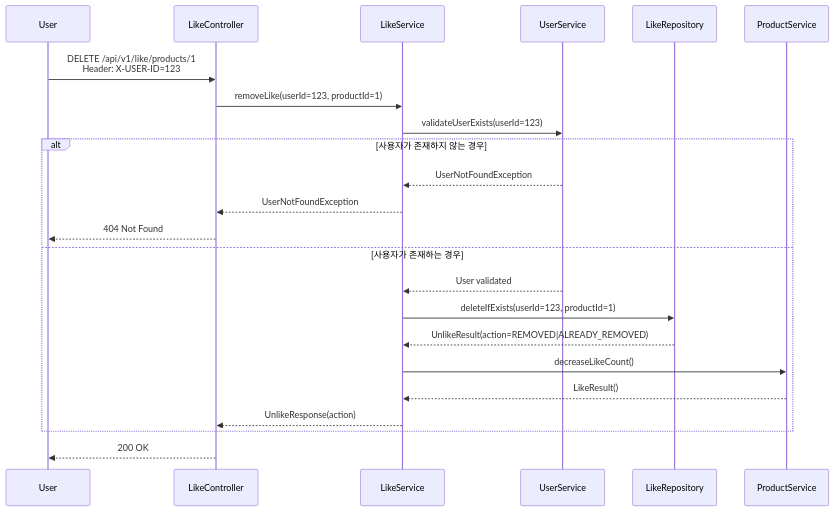
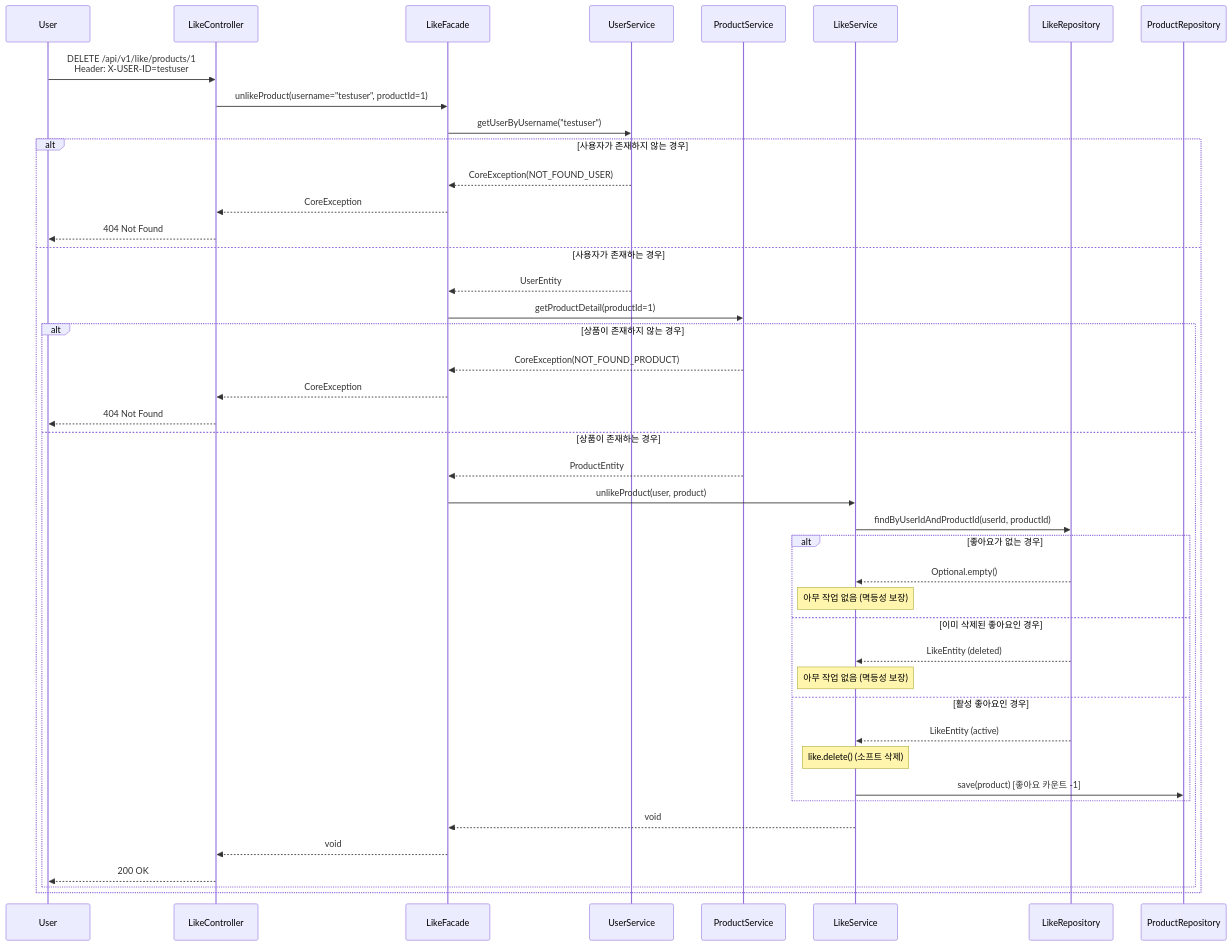
Before and after one commit to hyujikoh/loopers-spring-java-template: the sixth of 12 diagrams in docs/week2/02-sequence-diagrams.md, drawn with Mermaid. The commit also changed other lines of this file and 2 other files, not shown here.

````diff
--- a/docs/week2/02-sequence-diagrams.md
+++ b/docs/week2/02-sequence-diagrams.md
@@ -154,27 +173,51 @@
 ```mermaid
 sequenceDiagram
     participant User
     participant LikeController
+    participant LikeFacade
+    participant UserService
+    participant ProductService
     participant LikeService
-    participant UserService
     participant LikeRepository
+    participant ProductRepository
 
-    User->>LikeController: DELETE /api/v1/like/products/1<br/>Header: X-USER-ID=123
-    LikeController->>LikeService: removeLike(userId=123, productId=1)
+    User->>LikeController: DELETE /api/v1/like/products/1<br/>Header: X-USER-ID=testuser
+    LikeController->>LikeFacade: unlikeProduct(username="testuser", productId=1)
     
-    LikeService->>UserService: validateUserExists(userId=123)
+    LikeFacade->>UserService: getUserByUsername("testuser")
     alt 사용자가 존재하지 않는 경우
-        UserService-->>LikeService: UserNotFoundException
-        LikeService-->>LikeController: UserNotFoundException
+        UserService-->>LikeFacade: CoreException(NOT_FOUND_USER)
+        LikeFacade-->>LikeController: CoreException
         LikeController-->>User: 404 Not Found
     else 사용자가 존재하는 경우
-        UserService-->>LikeService: User validated
-        LikeService->>LikeRepository: deleteIfExists(userId=123, productId=1)
-        LikeRepository-->>LikeService: UnlikeResult(action=REMOVED|ALREADY_REMOVED)
-        LikeService->>ProductService: decreaseLikeCount()
-        ProductService-->>LikeService: LikeResult()
-        LikeService-->>LikeController: UnlikeResponse(action)
+        UserService-->>LikeFacade: UserEntity
+        
+        LikeFacade->>ProductService: getProductDetail(productId=1)
+        alt 상품이 존재하지 않는 경우
+            ProductService-->>LikeFacade: CoreException(NOT_FOUND_PRODUCT)
+            LikeFacade-->>LikeController: CoreException
+            LikeController-->>User: 404 Not Found
+        else 상품이 존재하는 경우
+            ProductService-->>LikeFacade: ProductEntity
+            
+            LikeFacade->>LikeService: unlikeProduct(user, product)
+            LikeService->>LikeRepository: findByUserIdAndProductId(userId, productId)
+            
+            alt 좋아요가 없는 경우
+                LikeRepository-->>LikeService: Optional.empty()
+                Note over LikeService: 아무 작업 없음 (멱등성 보장)
+            else 이미 삭제된 좋아요인 경우
+                LikeRepository-->>LikeService: LikeEntity (deleted)
+                Note over LikeService: 아무 작업 없음 (멱등성 보장)
+            else 활성 좋아요인 경우
+                LikeRepository-->>LikeService: LikeEntity (active)
+                Note over LikeService: like.delete() (소프트 삭제)
+                LikeService->>ProductRepository: save(product) [좋아요 카운트 -1]
+            end
+            
+            LikeService-->>LikeFacade: void
+            LikeFacade-->>LikeController: void
+            LikeController-->>User: 200 OK
+        end
     end
-    
-    LikeController-->>User: 200 OK
 ```
````
